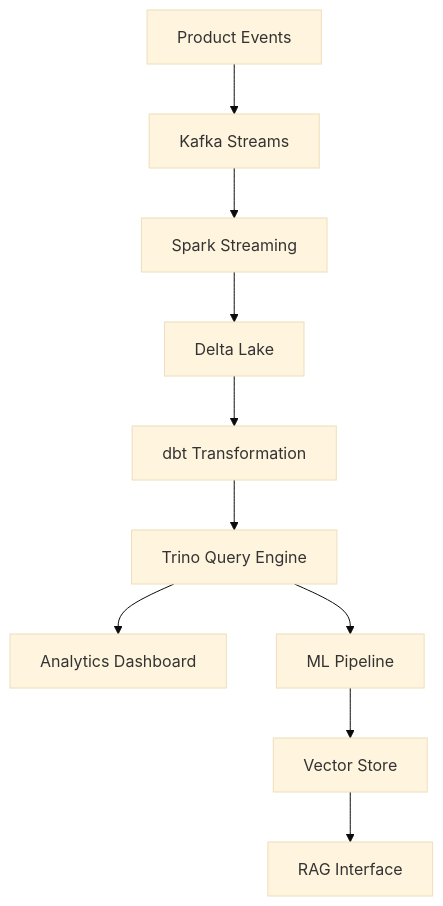
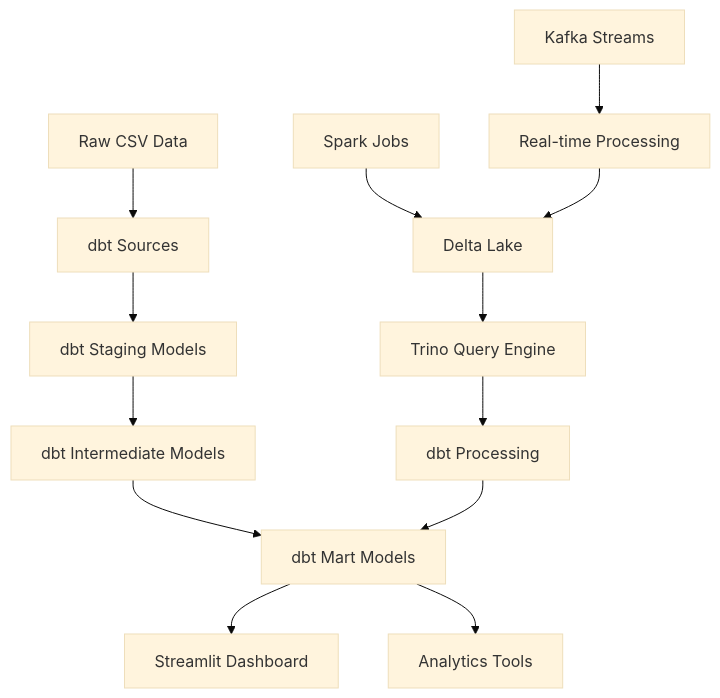
One commit to ValueAdd89/telemetry-lakehouse changed the first of 2 diagrams in README.md. Above: the diagram before and after it, drawn with Mermaid (base theme). The commit also changed other lines of this file, not shown here.

````diff
--- a/README.md
+++ b/README.md
@@ -70,12 +70,17 @@
 ```mermaid
 graph TB
-    A[Product Events] --> B[Kafka Streams]
-    B --> C[Spark Streaming]
-    C --> D[Delta Lake]
-    D --> E[dbt Transformation]
-    E --> F[Trino Query Engine]
-    F --> G[Analytics Dashboard]
-    F --> H[ML Pipeline]
-    H --> I[Vector Store]
-    I --> J[RAG Interface]
+    A[Raw CSV Data] --> B[dbt Sources]
+    B --> C[dbt Staging Models]
+    C --> D[dbt Intermediate Models]
+    D --> E[dbt Mart Models]
+    E --> F[Streamlit Dashboard]
+    E --> G[Analytics Tools]
+    
+    H[Spark Jobs] --> I[Delta Lake]
+    I --> J[Trino Query Engine]
+    J --> K[dbt Processing]
+    K --> E
+    
+    L[Kafka Streams] --> M[Real-time Processing]
+    M --> I
 ```
````
